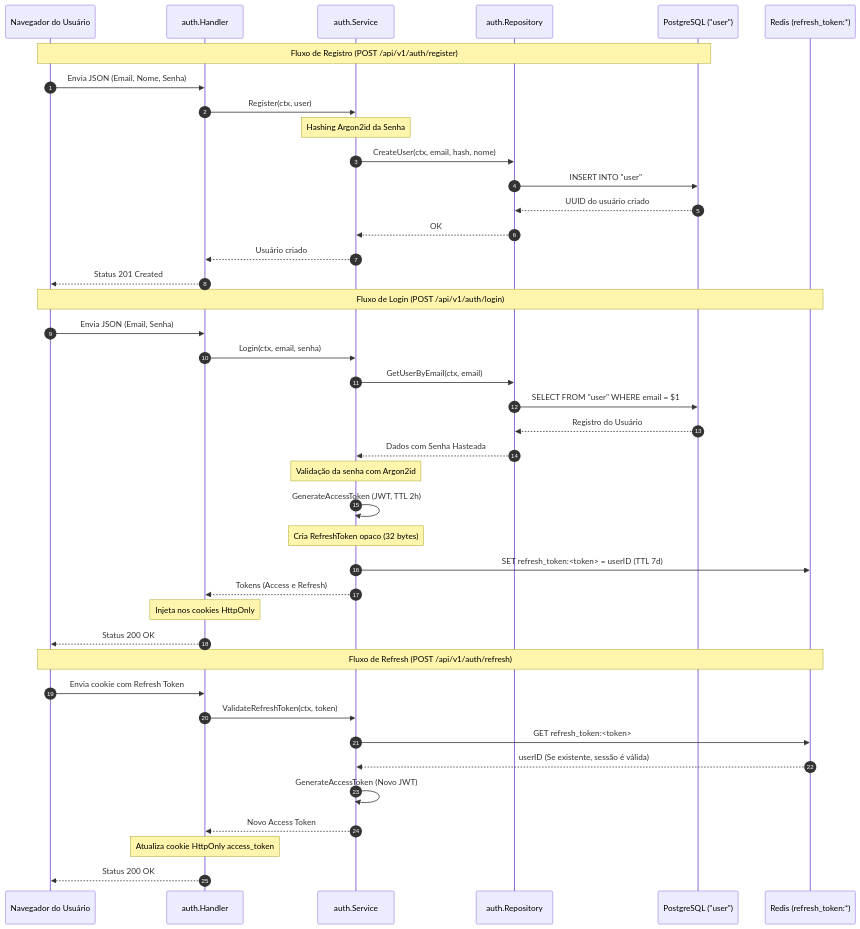
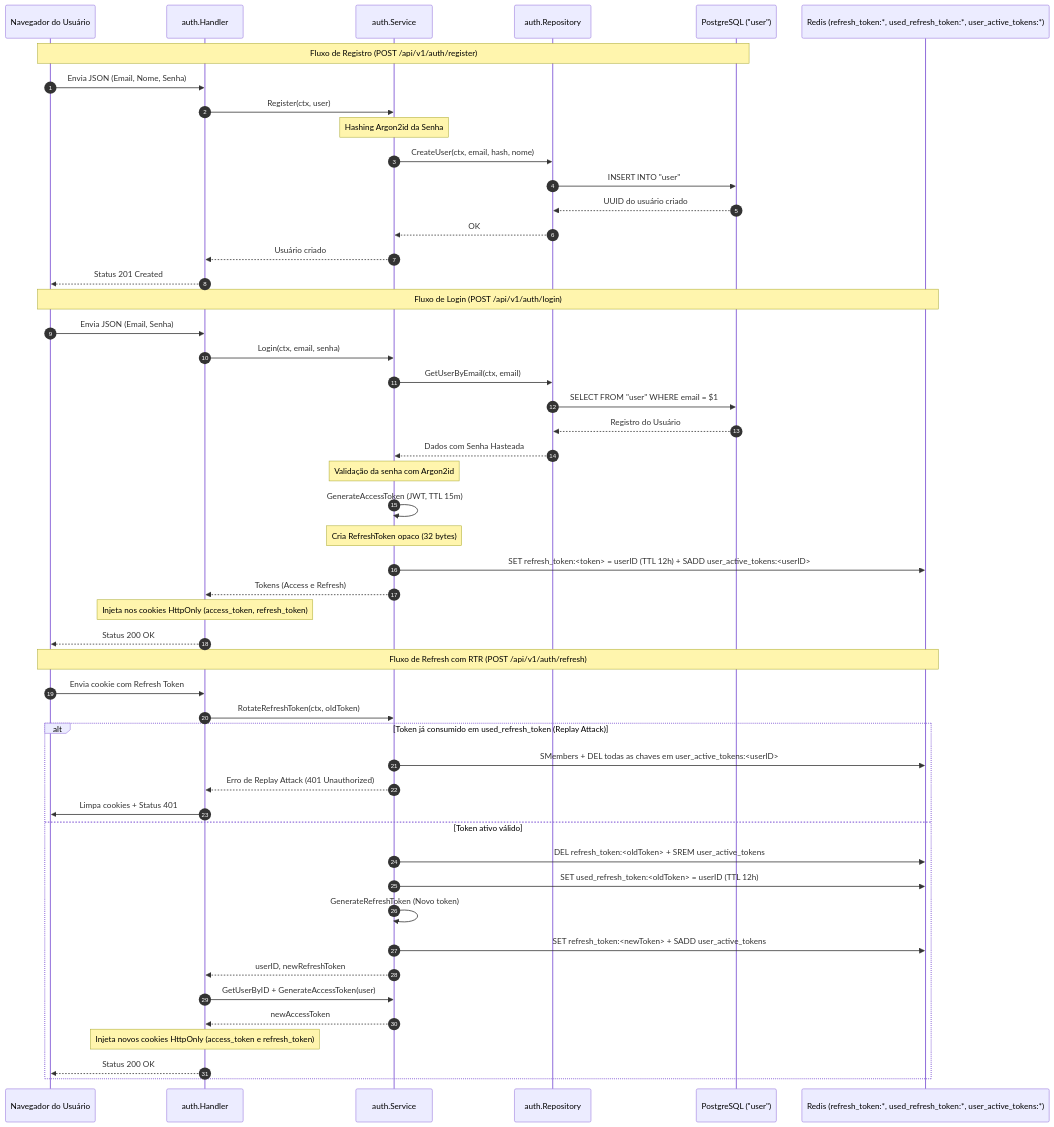
The second of 9 diagrams in README.md (enakamura3/stock-pulse), drawn with Mermaid before and after one commit. The commit also changed other lines of this file and 4 other files, not shown here.

Commit message:
feat(auth): implement refresh token rotation with replay attack detection

````diff
--- a/README.md
+++ b/README.md
@@ -288,49 +291,58 @@
 ```mermaid
 sequenceDiagram
     autonumber
     participant Cliente as Navegador do Usuário
     participant Handler as auth.Handler
     participant Service as auth.Service
     participant Repo as auth.Repository
     participant DB as PostgreSQL ("user")
-    participant Redis as Redis (refresh_token:*)
+    participant Redis as Redis (refresh_token:*, used_refresh_token:*, user_active_tokens:*)
 
     %% Cadastro
     Note over Cliente, DB: Fluxo de Registro (POST /api/v1/auth/register)
     Cliente->>Handler: Envia JSON (Email, Nome, Senha)
     Handler->>Service: Register(ctx, user)
     Note over Service: Hashing Argon2id da Senha
     Service->>Repo: CreateUser(ctx, email, hash, nome)
     Repo->>DB: INSERT INTO "user"
     DB-->>Repo: UUID do usuário criado
     Repo-->>Service: OK
     Service-->>Handler: Usuário criado
     Handler-->>Cliente: Status 201 Created
 
     %% Login
     Note over Cliente, Redis: Fluxo de Login (POST /api/v1/auth/login)
     Cliente->>Handler: Envia JSON (Email, Senha)
     Handler->>Service: Login(ctx, email, senha)
     Service->>Repo: GetUserByEmail(ctx, email)
     Repo->>DB: SELECT FROM "user" WHERE email = $1
     DB-->>Repo: Registro do Usuário
     Repo-->>Service: Dados com Senha Hasteada
     Note over Service: Validação da senha com Argon2id
-    Service->>Service: GenerateAccessToken (JWT, TTL 2h)
+    Service->>Service: GenerateAccessToken (JWT, TTL 15m)
     Note over Service: Cria RefreshToken opaco (32 bytes)
-    Service->>Redis: SET refresh_token:<token> = userID (TTL 7d)
+    Service->>Redis: SET refresh_token:<token> = userID (TTL 12h) + SADD user_active_tokens:<userID>
     Service-->>Handler: Tokens (Access e Refresh)
-    Note over Handler: Injeta nos cookies HttpOnly
+    Note over Handler: Injeta nos cookies HttpOnly (access_token, refresh_token)
     Handler-->>Cliente: Status 200 OK
 
-    %% Refresh (Sem Rotação de Refresh Token)
-    Note over Cliente, Redis: Fluxo de Refresh (POST /api/v1/auth/refresh)
+    %% Refresh com RTR
+    Note over Cliente, Redis: Fluxo de Refresh com RTR (POST /api/v1/auth/refresh)
     Cliente->>Handler: Envia cookie com Refresh Token
-    Handler->>Service: ValidateRefreshToken(ctx, token)
-    Service->>Redis: GET refresh_token:<token>
-    Redis-->>Service: userID (Se existente, sessão é válida)
-    Service->>Service: GenerateAccessToken (Novo JWT)
-    Service-->>Handler: Novo Access Token
-    Note over Handler: Atualiza cookie HttpOnly access_token
-    Handler-->>Cliente: Status 200 OK
+    Handler->>Service: RotateRefreshToken(ctx, oldToken)
+    alt Token já consumido em used_refresh_token (Replay Attack)
+        Service->>Redis: SMembers + DEL todas as chaves em user_active_tokens:<userID>
+        Service-->>Handler: Erro de Replay Attack (401 Unauthorized)
+        Handler->>Cliente: Limpa cookies + Status 401
+    else Token ativo válido
+        Service->>Redis: DEL refresh_token:<oldToken> + SREM user_active_tokens
+        Service->>Redis: SET used_refresh_token:<oldToken> = userID (TTL 12h)
+        Service->>Service: GenerateRefreshToken (Novo token)
+        Service->>Redis: SET refresh_token:<newToken> + SADD user_active_tokens
+        Service-->>Handler: userID, newRefreshToken
+        Handler->>Service: GetUserByID + GenerateAccessToken(user)
+        Service-->>Handler: newAccessToken
+        Note over Handler: Injeta novos cookies HttpOnly (access_token e refresh_token)
+        Handler-->>Cliente: Status 200 OK
+    end
 ```
````
